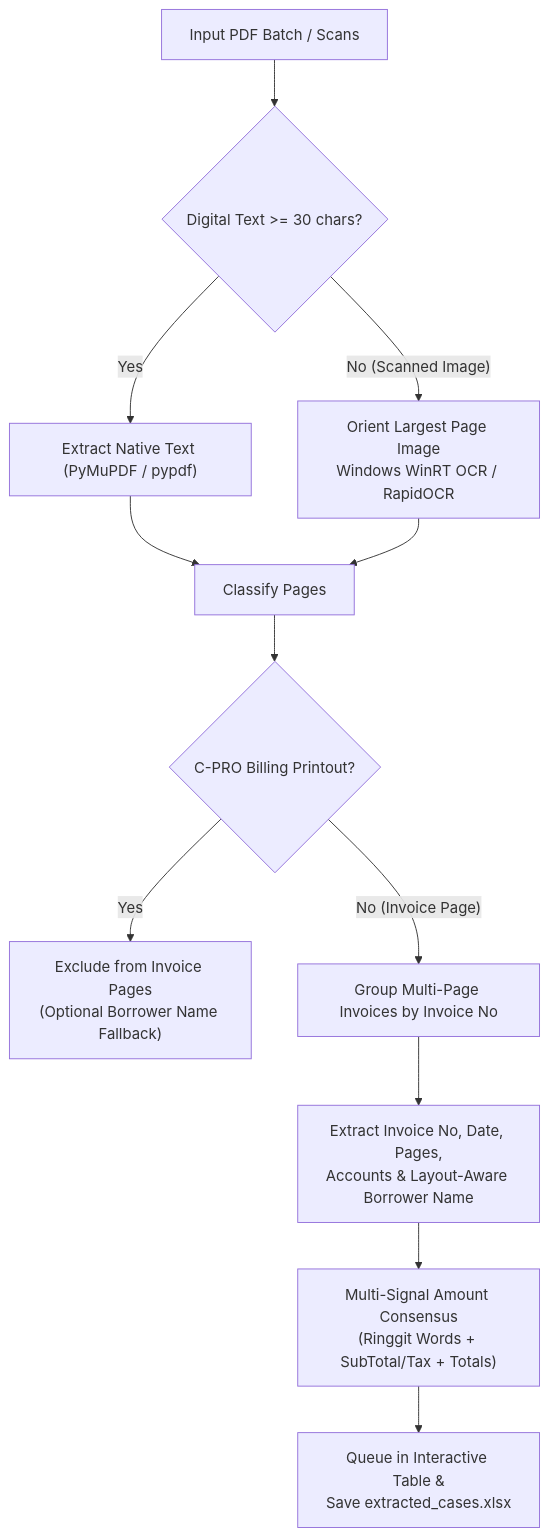
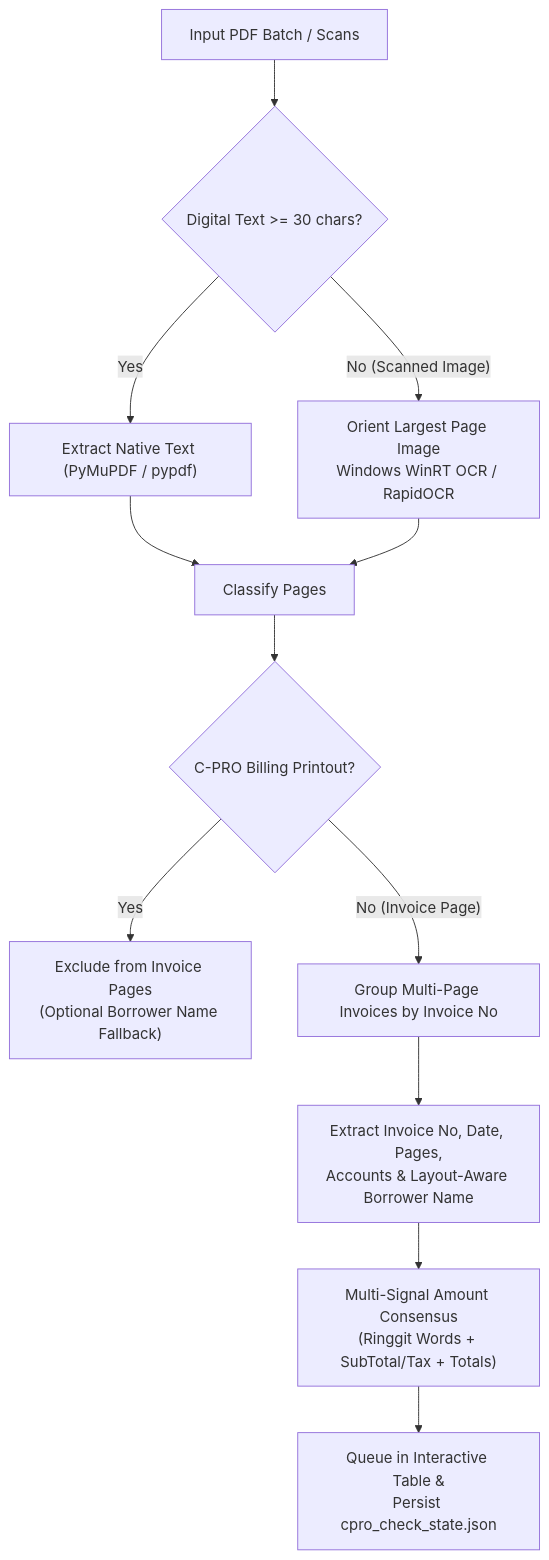
The first of 2 diagrams in README.md (ChunJIA614/cpro-case-suite), drawn with Mermaid before and after one commit. The commit also changed other lines of this file and 2 other files, not shown here.

Commit message:
Add DB account link groups, persistent checking state, and remove extracted_cases Excel generation

````diff
--- a/README.md
+++ b/README.md
@@ -104,14 +106,14 @@
 ```mermaid
 flowchart TD
     A["Input PDF Batch / Scans"] --> B{"Digital Text >= 30 chars?"}
     B -- Yes --> C["Extract Native Text (PyMuPDF / pypdf)"]
     B -- No (Scanned Image) --> D["Orient Largest Page Image\nWindows WinRT OCR / RapidOCR"]
     C --> E["Classify Pages"]
     D --> E
     E --> F{"C-PRO Billing Printout?"}
     F -- Yes --> G["Exclude from Invoice Pages\n(Optional Borrower Name Fallback)"]
     F -- No (Invoice Page) --> H["Group Multi-Page Invoices by Invoice No"]
     H --> I["Extract Invoice No, Date, Pages,\nAccounts & Layout-Aware Borrower Name"]
     I --> J["Multi-Signal Amount Consensus\n(Ringgit Words + SubTotal/Tax + Totals)"]
-    J --> K["Queue in Interactive Table &\nSave extracted_cases.xlsx"]
+    J --> K["Queue in Interactive Table &\nPersist cpro_check_state.json"]
 ```
````
